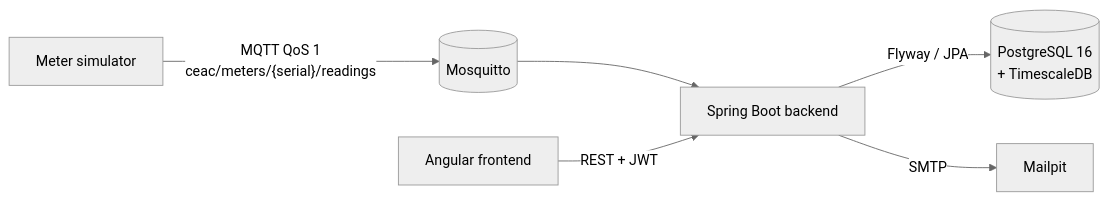
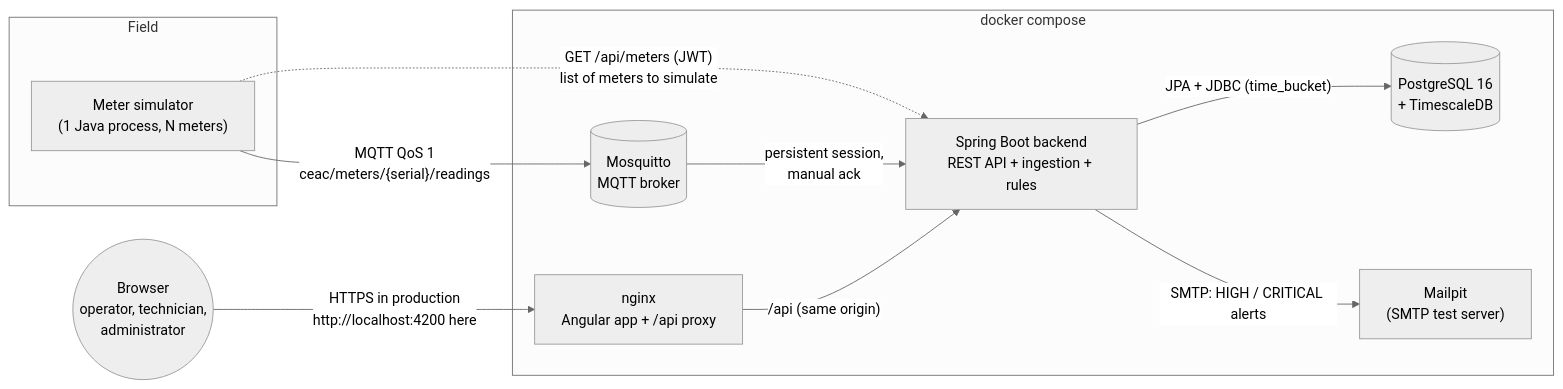
One commit to himmimed/telereleve-platform changed the first of 4 diagrams in docs/architecture.md. Above: the diagram before and after it, drawn with Mermaid (neutral theme). The commit also changed other lines of this file and 1 other file, not shown here.

Commit message:
docs: complete the architecture and write the user guide (French)

````diff
--- a/docs/architecture.md
+++ b/docs/architecture.md
@@ -7,8 +12,22 @@
 ```mermaid
 flowchart LR
-    SIM[Meter simulator] -- "MQTT QoS 1<br/>ceac/meters/{serial}/readings" --> MQ[(Mosquitto)]
-    MQ --> BE[Spring Boot backend]
-    BE -- "Flyway / JPA" --> DB[(PostgreSQL 16<br/>+ TimescaleDB)]
-    BE -- SMTP --> MAIL[Mailpit]
-    FE[Angular frontend] -- "REST + JWT" --> BE
+    subgraph Field
+        SIM["Meter simulator<br/>(1 Java process, N meters)"]
+    end
+    subgraph Platform["docker compose"]
+        MQ[("Mosquitto<br/>MQTT broker")]
+        BE["Spring Boot backend<br/>REST API + ingestion + rules"]
+        DB[("PostgreSQL 16<br/>+ TimescaleDB")]
+        MAIL["Mailpit<br/>(SMTP test server)"]
+        FE["nginx<br/>Angular app + /api proxy"]
+    end
+    USER(("Browser<br/>operator, technician,<br/>administrator"))
+
+    SIM -- "MQTT QoS 1<br/>ceac/meters/{serial}/readings" --> MQ
+    SIM -. "GET /api/meters (JWT)<br/>list of meters to simulate" .-> BE
+    MQ -- "persistent session,<br/>manual ack" --> BE
+    BE -- "JPA + JDBC (time_bucket)" --> DB
+    BE -- "SMTP: HIGH / CRITICAL alerts" --> MAIL
+    USER -- "HTTPS in production<br/>http://localhost:4200 here" --> FE
+    FE -- "/api (same origin)" --> BE
 ```
````
